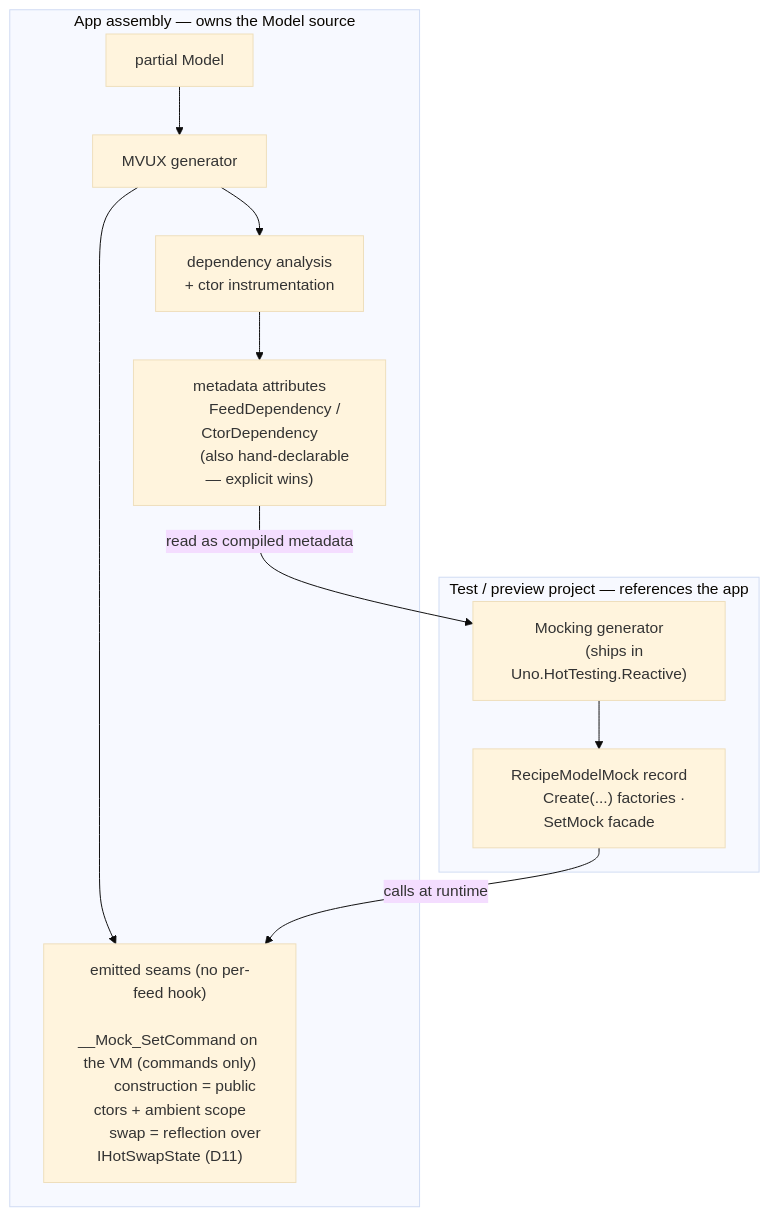
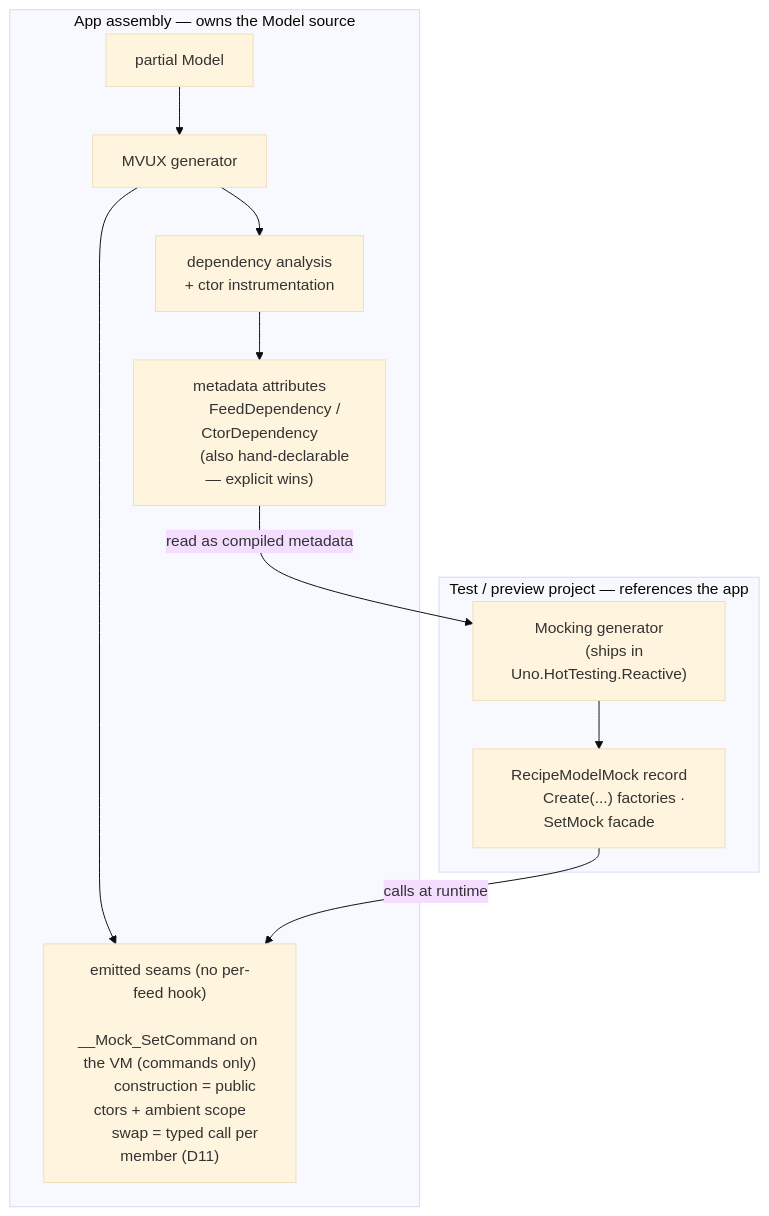
Before and after one commit to unoplatform/uno.extensions: the third of 5 diagrams in specs/013-mvux-mocking-previews/spec.md, drawn with Mermaid (base theme). The commit also changed other lines of this file and 3 other files, not shown here.

````diff
--- a/specs/013-mvux-mocking-previews/spec.md
+++ b/specs/013-mvux-mocking-previews/spec.md
@@ -79,24 +79,24 @@
 ```mermaid
 flowchart TB
     subgraph APP["App assembly — owns the Model source"]
         M["partial Model"] --> GEN["MVUX generator"]
         GEN --> AN["dependency analysis
         + ctor instrumentation"]
         AN --> ATTR["metadata attributes
         FeedDependency / CtorDependency
         (also hand-declarable — explicit wins)"]
         GEN --> HOOKS["emitted seams (no per-feed hook)
         __Mock_SetCommand on the VM (commands only)
         construction = public ctors + ambient scope
-        swap = reflection over IHotSwapState (D11)"]
+        swap = typed call per member (D11)"]
     end
     subgraph TEST["Test / preview project — references the app"]
         MG["Mocking generator
         (ships in Uno.HotTesting.Reactive)"]
         OUT["RecipeModelMock record
         Create(...) factories · SetMock facade"]
         MG --> OUT
     end
     ATTR -->|read as compiled metadata| MG
     OUT -->|calls at runtime| HOOKS
 ```
````
